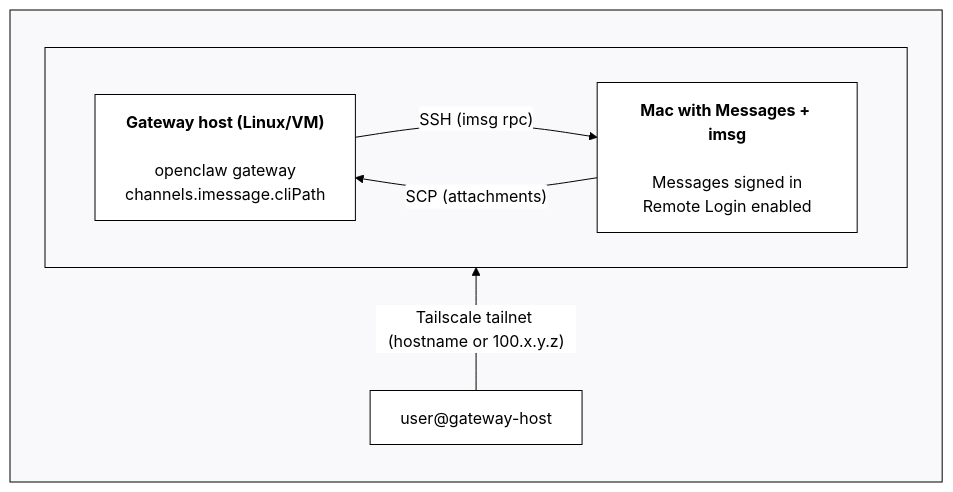
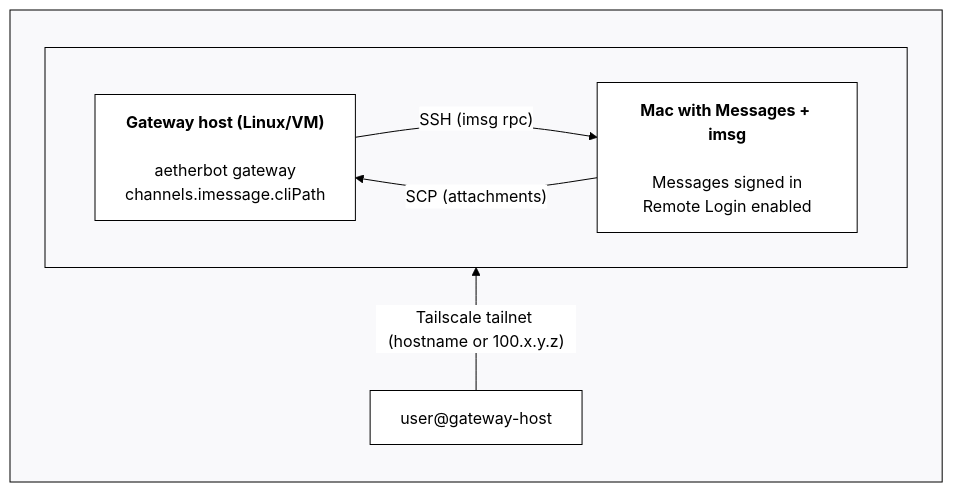
Before and after one commit to dawsonblock/OPENCLAW-SECURITY-: the diagram in docs/channels/imessage.md, drawn with Mermaid. The commit also changed other lines of this file and 285 other files, not shown here.

Commit message:
Stage 9o: Bulk rebrand docs/ — product name OpenClaw→AetherBot, CLI commands openclaw→aetherbot, config paths, anchor links, npm install commands

````diff
--- a/docs/channels/imessage.md
+++ b/docs/channels/imessage.md
@@ -175,30 +175,30 @@
 ```mermaid
 %%{init: {
   'theme': 'base',
   'themeVariables': {
     'primaryColor': '#ffffff',
     'primaryTextColor': '#000000',
     'primaryBorderColor': '#000000',
     'lineColor': '#000000',
     'secondaryColor': '#f9f9fb',
     'tertiaryColor': '#ffffff',
     'clusterBkg': '#f9f9fb',
     'clusterBorder': '#000000',
     'nodeBorder': '#000000',
     'mainBkg': '#ffffff',
     'edgeLabelBackground': '#ffffff'
   }
 }}%%
 flowchart TB
  subgraph T[" "]
  subgraph Tailscale[" "]
     direction LR
-      Gateway["<b>Gateway host (Linux/VM)<br></b><br>openclaw gateway<br>channels.imessage.cliPath"]
+      Gateway["<b>Gateway host (Linux/VM)<br></b><br>aetherbot gateway<br>channels.imessage.cliPath"]
       Mac["<b>Mac with Messages + imsg<br></b><br>Messages signed in<br>Remote Login enabled"]
   end
     Gateway -- SSH (imsg rpc) --> Mac
     Mac -- SCP (attachments) --> Gateway
     direction BT
     User["user@gateway-host"] -- "Tailscale tailnet (hostname or 100.x.y.z)" --> Gateway
 end
 ```
````
